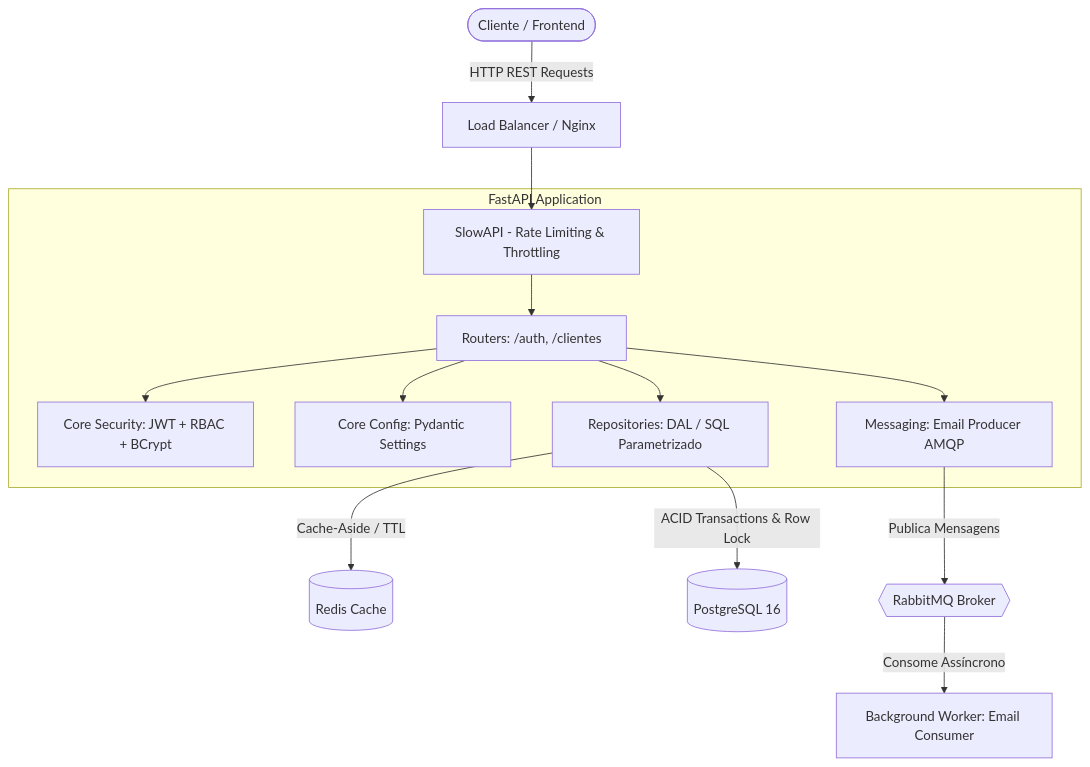
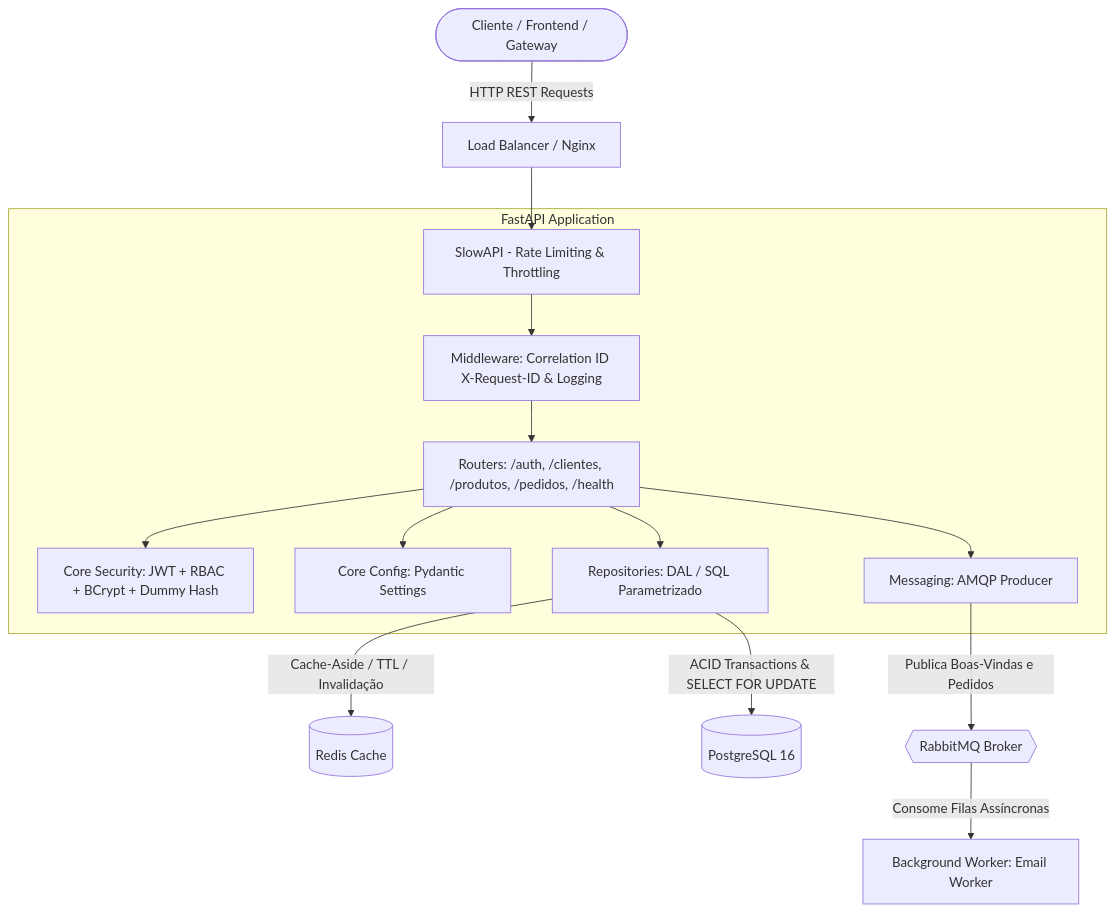
The diagram in README.md (RafaelSantanaM/loja_roupas), drawn with Mermaid before and after one commit. The commit also changed other lines of this file, not shown here.

````diff
--- a/README.md
+++ b/README.md
@@ -24,19 +24,20 @@
 ```mermaid
 graph TD
-    User([Cliente / Frontend]) -->|HTTP REST Requests| LB[Load Balancer / Nginx]
+    User([Cliente / Frontend / Gateway]) -->|HTTP REST Requests| LB[Load Balancer / Nginx]
     LB --> RateLimit[SlowAPI - Rate Limiting & Throttling]
     
     subgraph FastAPI Application
-        RateLimit --> Routers[Routers: /auth, /clientes]
-        Routers --> Security[Core Security: JWT + RBAC + BCrypt]
+        RateLimit --> Middleware[Middleware: Correlation ID X-Request-ID & Logging]
+        Middleware --> Routers[Routers: /auth, /clientes, /produtos, /pedidos, /health]
+        Routers --> Security[Core Security: JWT + RBAC + BCrypt + Dummy Hash]
         Routers --> Config[Core Config: Pydantic Settings]
         Routers --> Repositories[Repositories: DAL / SQL Parametrizado]
-        Routers --> Producer[Messaging: Email Producer AMQP]
+        Routers --> Producer[Messaging: AMQP Producer]
     end
 
-    Repositories -->|Cache-Aside / TTL| Redis[(Redis Cache)]
-    Repositories -->|ACID Transactions & Row Lock| Postgres[(PostgreSQL 16)]
+    Repositories -->|Cache-Aside / TTL / Invalidação| Redis[(Redis Cache)]
+    Repositories -->|ACID Transactions & SELECT FOR UPDATE| Postgres[(PostgreSQL 16)]
     
-    Producer -->|Publica Mensagens| RabbitMQ{{RabbitMQ Broker}}
-    RabbitMQ -->|Consome Assíncrono| Worker[Background Worker: Email Consumer]
+    Producer -->|Publica Boas-Vindas e Pedidos| RabbitMQ{{RabbitMQ Broker}}
+    RabbitMQ -->|Consome Filas Assíncronas| Worker[Background Worker: Email Worker]
 ```
````
